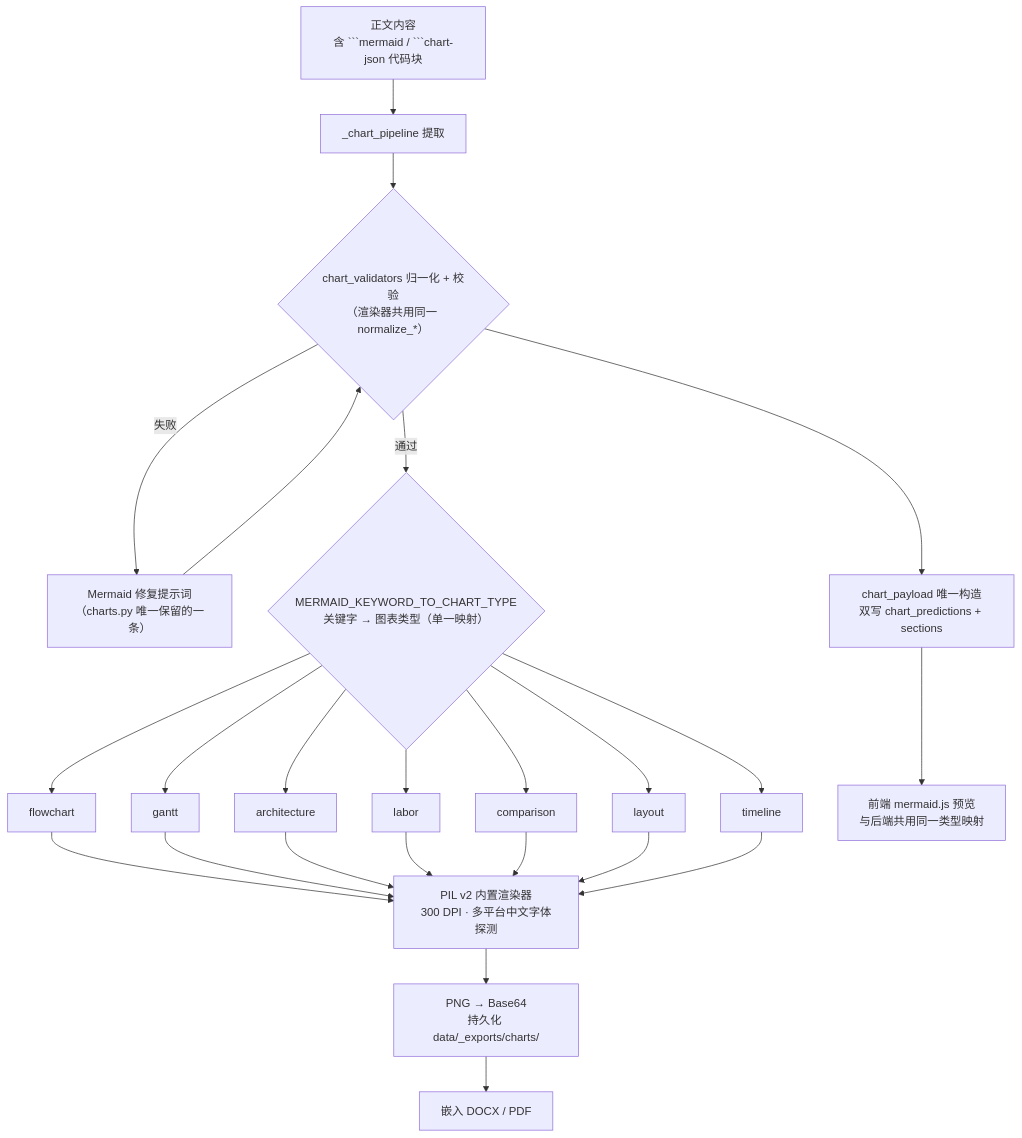
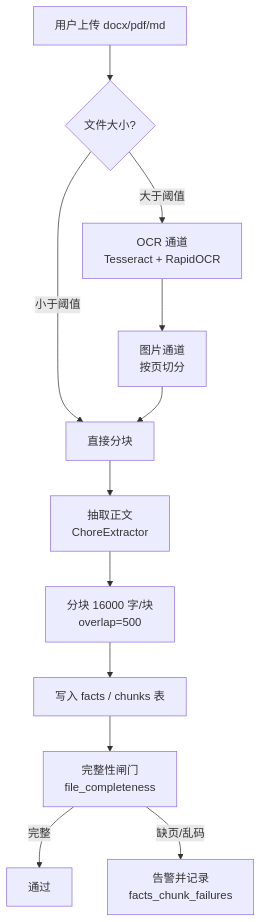
Before and after one commit to he-fei-ai/bidforge-jiangong: diagram 15 of 34 in docs/技术架构文档.MD, drawn with Mermaid. The commit also changed other lines of this file and 2 other files, not shown here.

First line of the commit message:
docs: 主文档更新至 v5.4，合并 v5.3 图集并对齐 2026-11-09 实测数字

````diff
--- a/docs/技术架构文档.MD
+++ b/docs/技术架构文档.MD
@@ -630,15 +821,14 @@
 ```mermaid
 flowchart TD
-    A["正文内容<br/>含 ```mermaid / ```chart-json 代码块"] --> B["_chart_pipeline 提取"]
-    B --> C{"chart_validators 归一化 + 校验<br/>（渲染器共用同一 normalize_*）"}
-    C -->|失败| D["Mermaid 修复提示词<br/>（charts.py 唯一保留的一条）"]
-    D --> C
-    C -->|通过| E{"MERMAID_KEYWORD_TO_CHART_TYPE<br/>关键字 → 图表类型（单一映射）"}
-    E --> F1[flowchart] & F2[gantt] & F3[architecture]
-    E --> F4[labor] & F5[comparison] & F6[layout] & F7[timeline]
-    F1 & F2 & F3 & F4 & F5 & F6 & F7 --> G["PIL v2 内置渲染器<br/>300 DPI · 多平台中文字体探测"]
-    G --> H["PNG → Base64<br/>持久化 data/_exports/charts/"]
-    C --> I["chart_payload 唯一构造<br/>双写 chart_predictions + sections"]
-    H --> J["嵌入 DOCX / PDF"]
-    I --> K["前端 mermaid.js 预览<br/>与后端共用同一类型映射"]
+    A[用户上传 docx/pdf/md] --> B{文件大小?}
+    B -- 小于阈值 --> C[直接分块]
+    B -- 大于阈值 --> D[OCR 通道<br/>Tesseract + RapidOCR]
+    D --> E[图片通道<br/>按页切分]
+    E --> C
+    C --> F[抽取正文<br/>ChoreExtractor]
+    F --> G[分块 16000 字/块<br/>overlap=500]
+    G --> H[写入 facts / chunks 表]
+    H --> I[完整性闸门<br/>file_completeness]
+    I -- 完整 --> J[通过]
+    I -- 缺页/乱码 --> K[告警并记录<br/>facts_chunk_failures]
 ```
````
